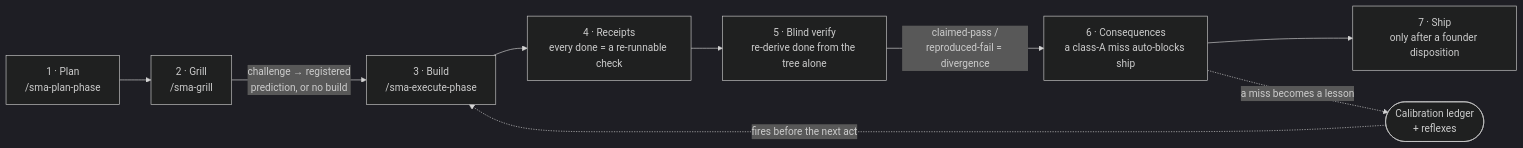
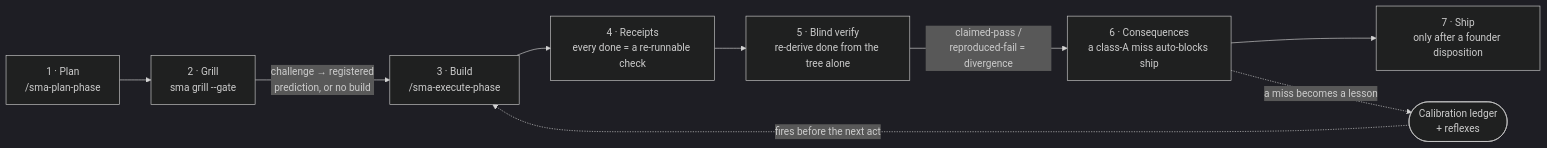
Diagram 11 of 24 in docs/DETAILS.md (sma-framework/sma), drawn with Mermaid (dark theme) before and after one commit. The commit also changed other lines of this file and 1 other file, not shown here.

````diff
--- a/docs/DETAILS.md
+++ b/docs/DETAILS.md
@@ -426,11 +426,11 @@
 ```mermaid
 flowchart LR
-    P["1 · Plan<br>/sma-plan-phase"] --> G["2 · Grill<br>/sma-grill"]
+    P["1 · Plan<br>/sma-plan-phase"] --> G["2 · Grill<br>sma grill --gate"]
     G -->|"challenge → registered<br>prediction, or no build"| B["3 · Build<br>/sma-execute-phase"]
     B --> R["4 · Receipts<br>every done = a re-runnable check"]
     R --> BV["5 · Blind verify<br>re-derive done from the tree alone"]
     BV -->|"claimed-pass /<br>reproduced-fail = divergence"| C["6 · Consequences<br>a class-A miss auto-blocks ship"]
     C --> S["7 · Ship<br>only after a founder disposition"]
     C -.->|"a miss becomes a lesson"| M(["Calibration ledger<br>+ reflexes"])
     M -.->|"fires before the next act"| B
 ```
````
